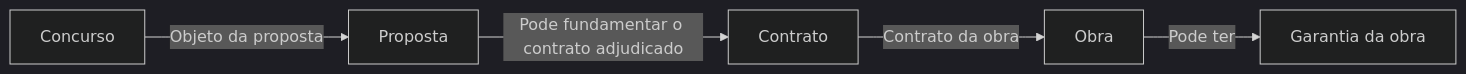
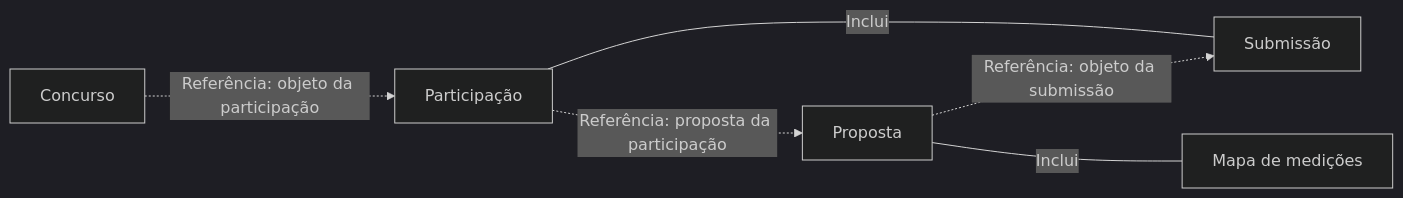
One commit to prumod/cairn-web changed the diagram in context/formats/main-entity-flows.md. Above: the diagram before and after it, drawn with Mermaid (dark theme). The commit also changed other lines of this file and 4 other files, not shown here.

Commit message:
docs: restore required DDD diagram notation (#22)

````diff
--- a/context/formats/main-entity-flows.md
+++ b/context/formats/main-entity-flows.md
@@ -21,13 +22,14 @@
 ```mermaid
 flowchart LR
     C["Concurso"]
+    PA["Participação"]
     P["Proposta"]
-    CT["Contrato"]
-    O["Obra"]
-    G["Garantia da obra"]
+    S["Submissão"]
+    MM["Mapa de medições"]
 
-    C -->|"Objeto da proposta"| P
-    P -->|"Pode fundamentar o contrato adjudicado"| CT
-    CT -->|"Contrato da obra"| O
-    O -->|"Pode ter"| G
+    C -. "Referência: objeto da participação" .-> PA
+    PA -. "Referência: proposta da participação" .-> P
+    PA ---|"Inclui"| S
+    P -. "Referência: objeto da submissão" .-> S
+    P ---|"Inclui"| MM
 ```
````
